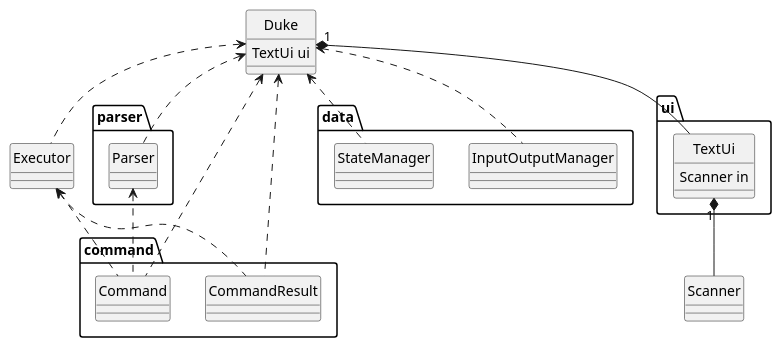
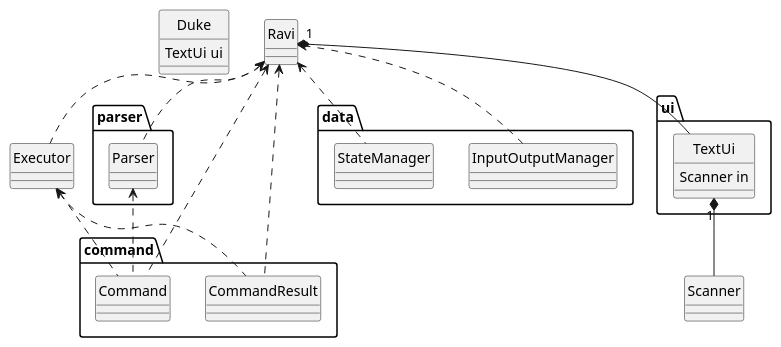
One commit to wangqinNick/tp changed the diagram in docs/diagrams/UML/MainClassDiagram.puml. Above: the diagram before and after it, drawn with PlantUML. The commit also changed 223 other files, not shown here.

Commit message:
Change all duke into ravi

```diff
--- a/docs/diagrams/UML/MainClassDiagram.puml
+++ b/docs/diagrams/UML/MainClassDiagram.puml
@@ -1,46 +1,46 @@
 @startuml
 
 hide circle
 skinparam classAttributeIconSize 0
 
 class Duke {
     TextUi ui
 }
 class Executor
 class Scanner
 
 package parser {
     class Parser
 }
 
 package command {
     class Command
     class CommandResult
 }
 
 package data {
     class InputOutputManager
     class StateManager
 }
 
 package ui {
     class TextUi {
         Scanner in
     }
 }
 
-Duke "1" *-- TextUi
-Duke <.. Parser
-Duke <.. Command
-Duke <.. CommandResult
-Duke <.. Executor
-Duke <.. InputOutputManager
-Duke <.. StateManager
+Ravi "1" *-- TextUi
+Ravi <.. Parser
+Ravi <.. Command
+Ravi <.. CommandResult
+Ravi <.. Executor
+Ravi <.. InputOutputManager
+Ravi <.. StateManager
 
 Parser <.. Command
 Executor <.. Command
 Executor <.. CommandResult
 
 TextUi "1" *-- Scanner
 
 @enduml
```
